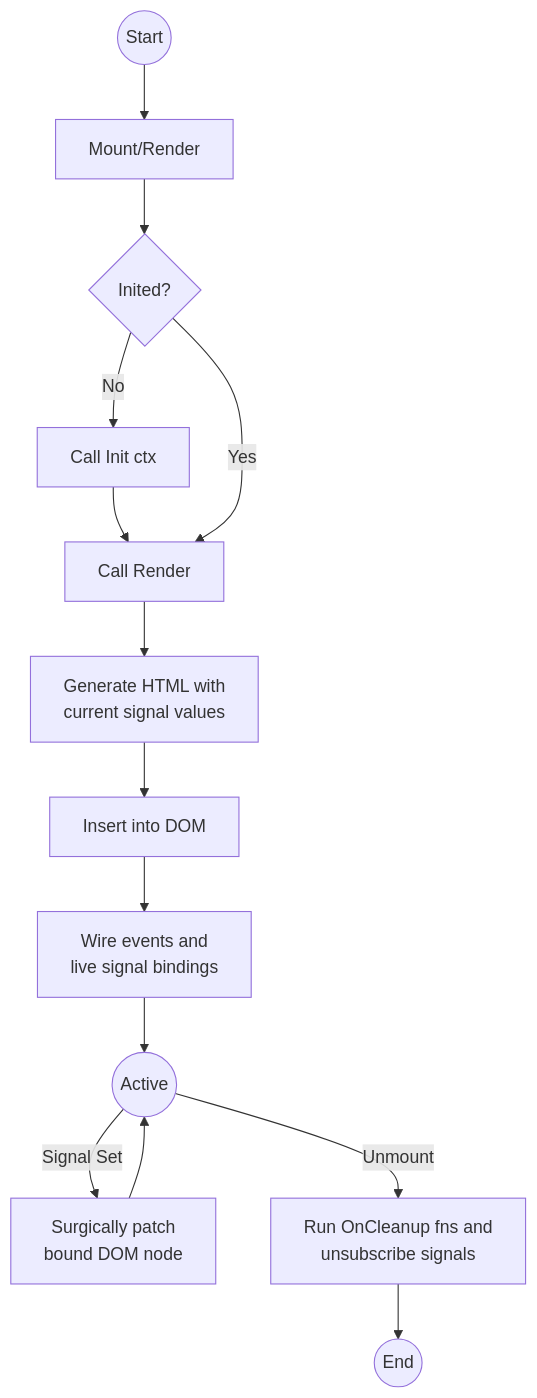
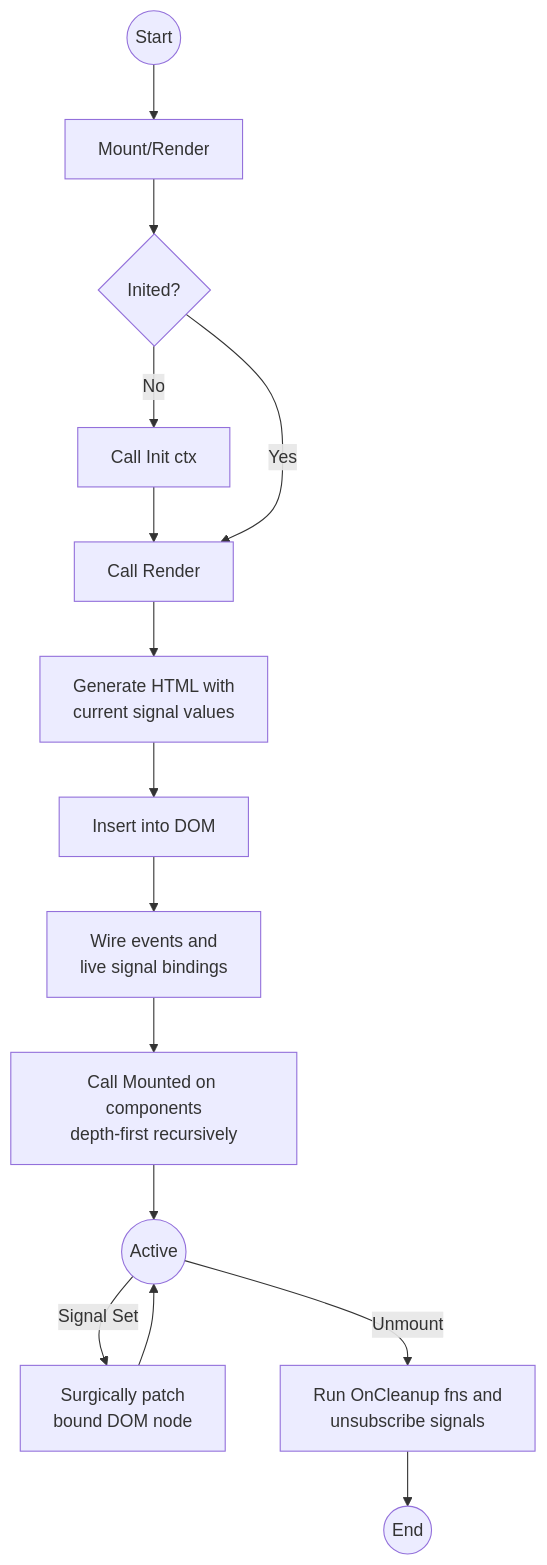
The diagram in docs/diagrams/lifecycle.md (tinywasm/dom), drawn with Mermaid before and after one commit. The commit also changed 7 other files, not shown here.

````diff
--- a/docs/diagrams/lifecycle.md
+++ b/docs/diagrams/lifecycle.md
@@ -3,18 +3,19 @@
 ```mermaid
 flowchart TD
     Start((Start)) --> Mount[Mount/Render]
     Mount --> Inited{Inited?}
     Inited -- No --> Init[Call Init ctx]
     Init --> Render[Call Render]
     Inited -- Yes --> Render
     Render --> HTML[Generate HTML with<br/>current signal values]
     HTML --> Insert[Insert into DOM]
     Insert --> Wire[Wire events and<br/>live signal bindings]
-    Wire --> Active((Active))
+    Wire --> Mounted[Call Mounted on components<br/>depth-first recursively]
+    Mounted --> Active((Active))
 
     Active -- Signal Set --> Patch[Surgically patch<br/>bound DOM node]
     Patch --> Active
 
     Active -- Unmount --> Cleanup[Run OnCleanup fns and<br/>unsubscribe signals]
     Cleanup --> End((End))
 ```
````
